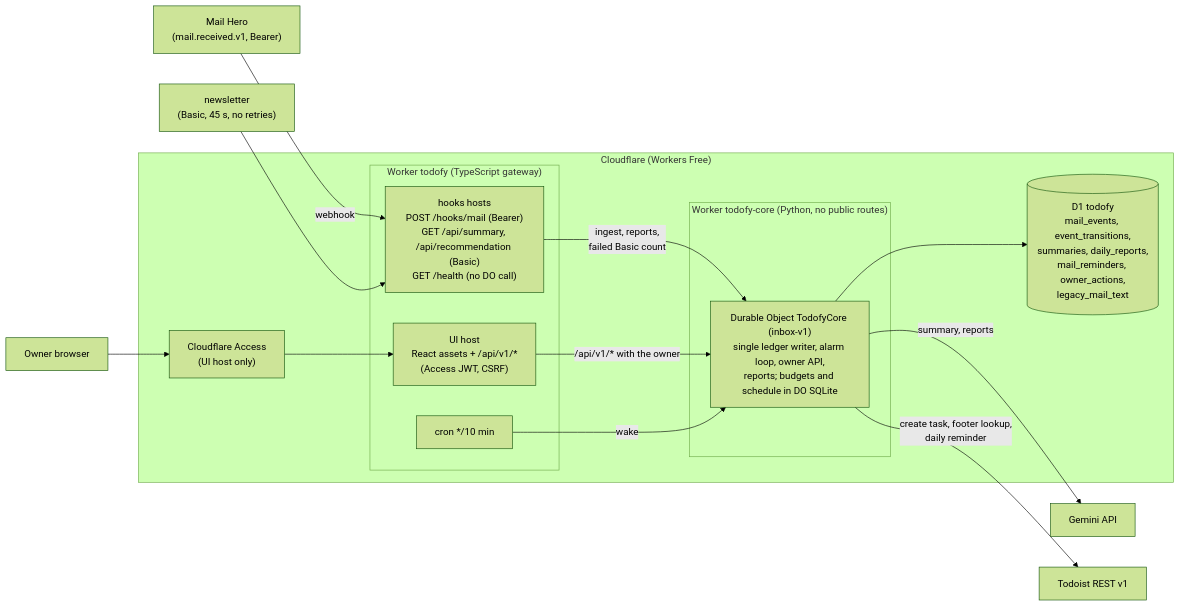
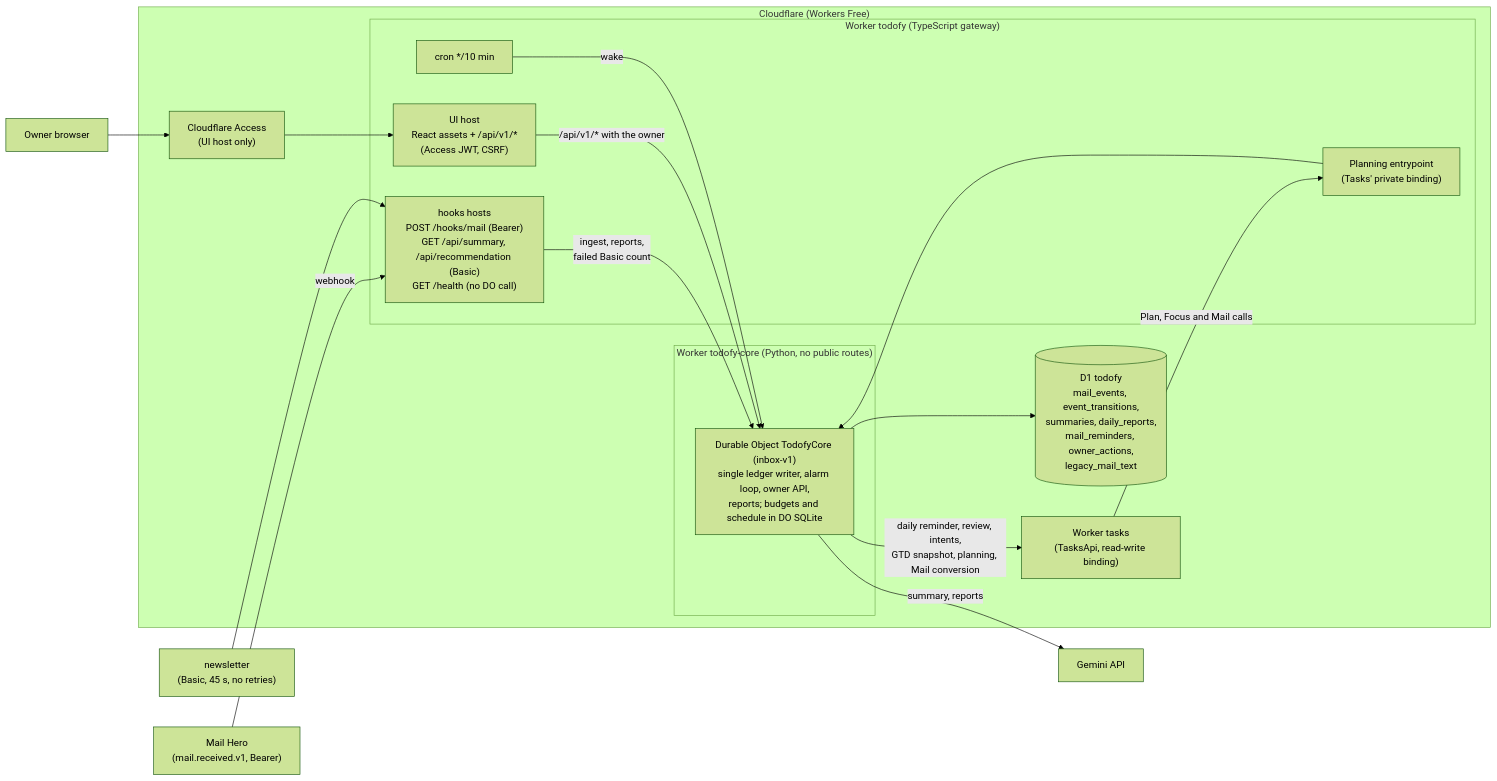
One commit to ziyixi/todofy changed the first of 2 diagrams in todofy/architecture-diagram.md. Above: the diagram before and after it, drawn with Mermaid (forest theme). The commit also changed other lines of this file and 13 other files, not shown here.

First line of the commit message:
docs: stop describing Todoist as the task store

````diff
--- a/todofy/architecture-diagram.md
+++ b/todofy/architecture-diagram.md
@@ -11,32 +12,34 @@
 ```mermaid
 flowchart LR
     MH["Mail Hero<br/>(mail.received.v1, Bearer)"]
     NL["newsletter<br/>(Basic, 45 s, no retries)"]
     Owner["Owner browser"]
 
     subgraph CF["Cloudflare (Workers Free)"]
         Access["Cloudflare Access<br/>(UI host only)"]
         subgraph W["Worker todofy (TypeScript gateway)"]
             Hooks["hooks hosts<br/>POST /hooks/mail (Bearer)<br/>GET /api/summary, /api/recommendation (Basic)<br/>GET /health (no DO call)"]
             OwnerAPI["UI host<br/>React assets + /api/v1/*<br/>(Access JWT, CSRF)"]
             Cron["cron */10 min"]
+            Planning["Planning entrypoint<br/>(Tasks' private binding)"]
         end
         subgraph C["Worker todofy-core (Python, no public routes)"]
             DO["Durable Object TodofyCore (inbox-v1)<br/>single ledger writer, alarm loop, owner API,<br/>reports; budgets and schedule in DO SQLite"]
         end
         D1[("D1 todofy<br/>mail_events, event_transitions,<br/>summaries, daily_reports,<br/>mail_reminders, owner_actions,<br/>legacy_mail_text")]
+        Tasks["Worker tasks<br/>(TasksApi, read-write binding)"]
     end
 
     Gemini["Gemini API"]
-    Todoist["Todoist REST v1"]
 
     MH -->|webhook| Hooks
     NL --> Hooks
     Owner --> Access --> OwnerAPI
     Hooks -->|ingest, reports,<br/>failed Basic count| DO
     OwnerAPI -->|/api/v1/* with the owner| DO
     Cron -->|wake| DO
+    Tasks -->|Plan, Focus and Mail calls| Planning --> DO
     DO --> D1
     DO -->|summary, reports| Gemini
-    DO -->|create task, footer lookup,<br/>daily reminder| Todoist
+    DO -->|daily reminder, review, intents,<br/>GTD snapshot, planning, Mail conversion| Tasks
 ```
````
